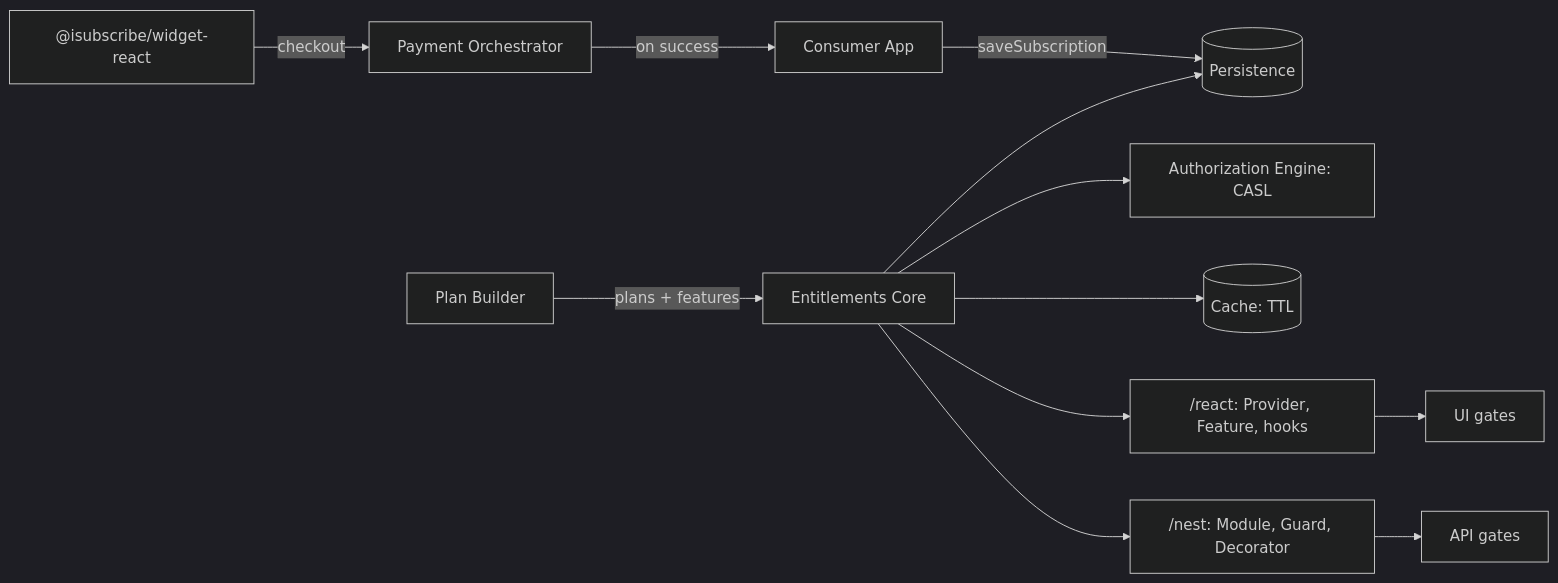
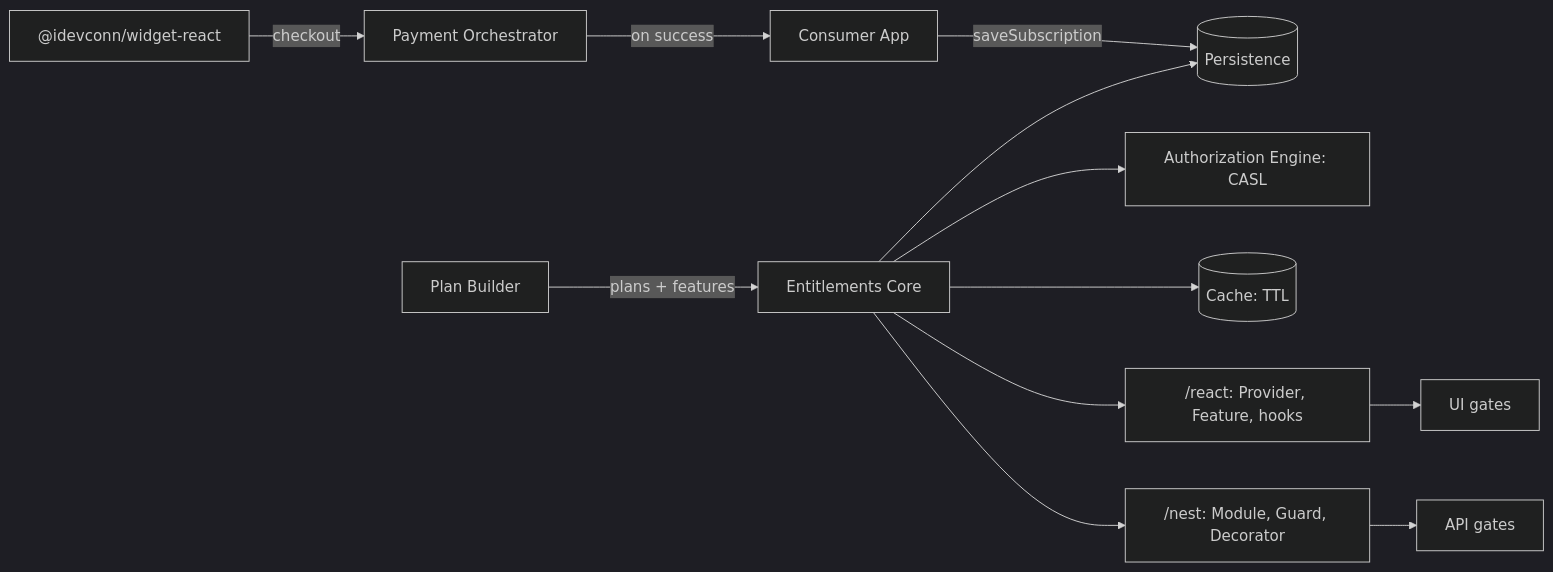
One commit to iDEVconn/isubscribe-entitlements changed the first of 3 diagrams in doc/design.md. Above: the diagram before and after it, drawn with Mermaid (dark theme). The commit also changed other lines of this file and 27 other files, not shown here.

````diff
--- a/doc/design.md
+++ b/doc/design.md
@@ -90,14 +90,14 @@
 ```mermaid
 flowchart LR
     PB[Plan Builder] -->|"plans + features"| Core
-    Widget["@isubscribe/widget-react"] -->|"checkout"| PO[Payment Orchestrator]
+    Widget["@idevconn/widget-react"] -->|"checkout"| PO[Payment Orchestrator]
     PO -->|"on success"| App[Consumer App]
     App -->|"saveSubscription"| DB[(Persistence)]
     Core[Entitlements Core] --> DB
     Core --> AZ[Authorization Engine: CASL]
     Core --> Cache[(Cache: TTL)]
     Core --> ReactSurface["/react: Provider, Feature, hooks"]
     Core --> NestSurface["/nest: Module, Guard, Decorator"]
     ReactSurface --> UI[UI gates]
     NestSurface --> API[API gates]
 ```
````
